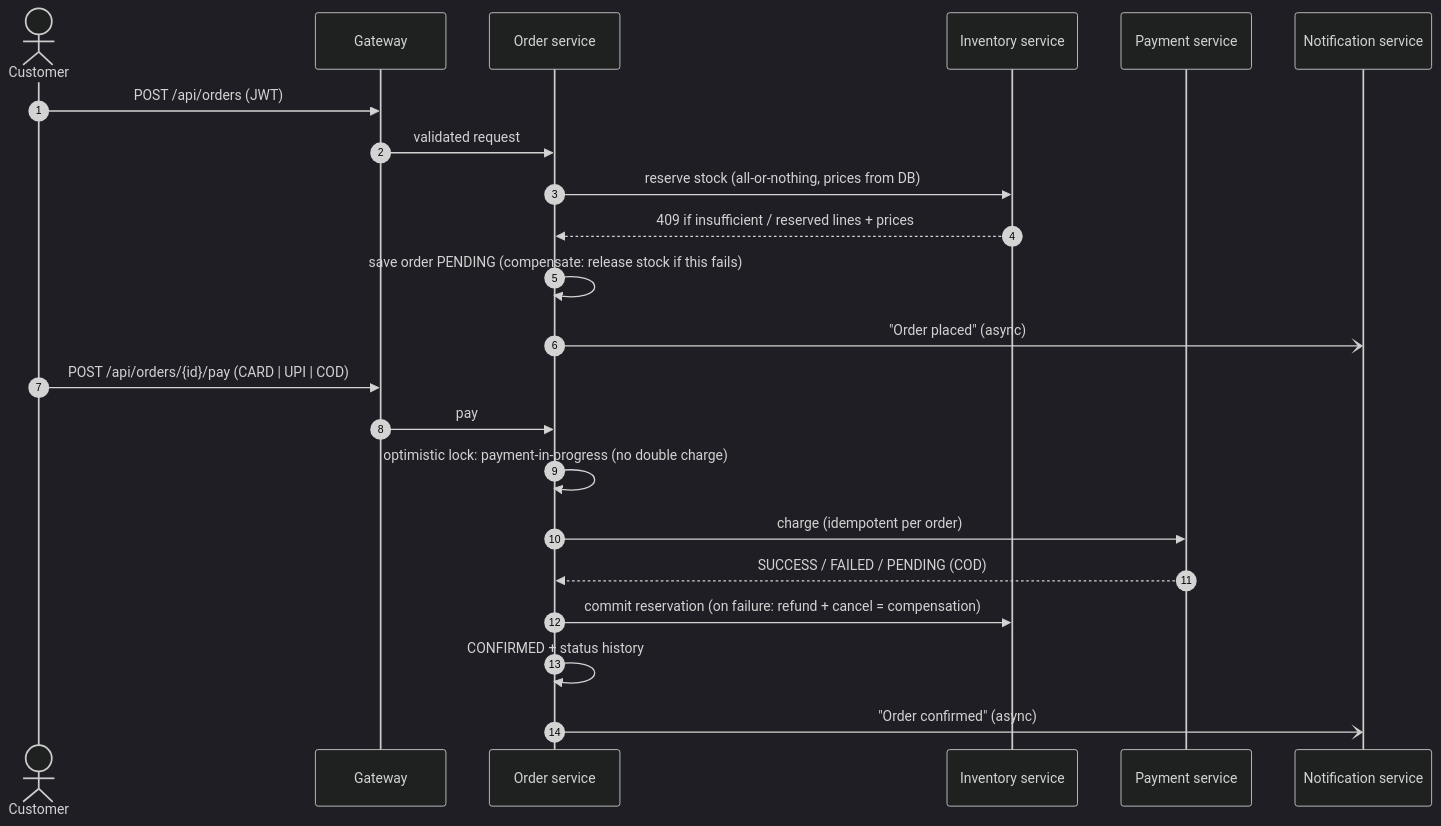
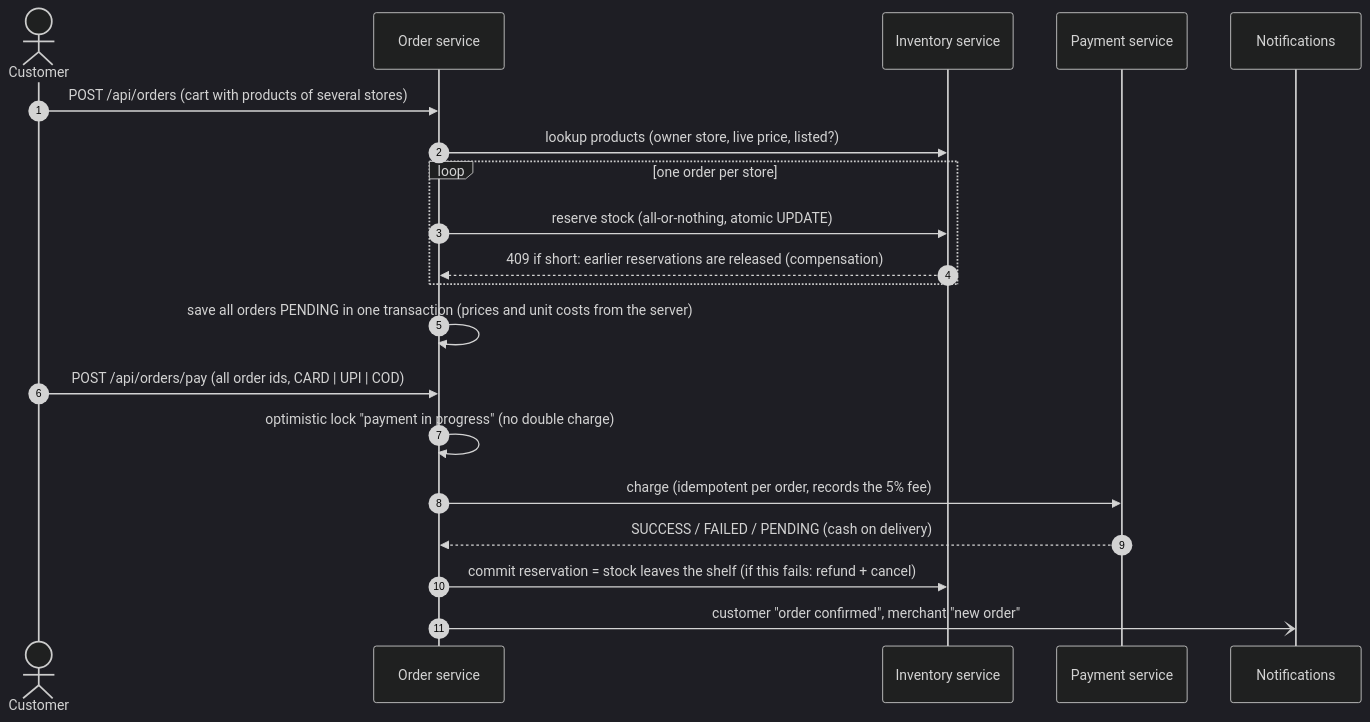
One commit to kushkumarsriwas/enterprise-order-platform changed the second of 3 diagrams in README.md. Above: the diagram before and after it, drawn with Mermaid (dark theme). The commit also changed other lines of this file and 1 other file, not shown here.

````diff
--- a/README.md
+++ b/README.md
@@ -55,24 +71,22 @@
 ```mermaid
 sequenceDiagram
     autonumber
     actor C as Customer
-    participant G as Gateway
     participant O as Order service
     participant I as Inventory service
     participant P as Payment service
-    participant N as Notification service
-    C->>G: POST /api/orders (JWT)
-    G->>O: validated request
-    O->>I: reserve stock (all-or-nothing, prices from DB)
-    I-->>O: 409 if insufficient / reserved lines + prices
-    O->>O: save order PENDING (compensate: release stock if this fails)
-    O-)N: "Order placed" (async)
-    C->>G: POST /api/orders/{id}/pay (CARD | UPI | COD)
-    G->>O: pay
-    O->>O: optimistic lock: payment-in-progress (no double charge)
-    O->>P: charge (idempotent per order)
-    P-->>O: SUCCESS / FAILED / PENDING (COD)
-    O->>I: commit reservation (on failure: refund + cancel = compensation)
-    O->>O: CONFIRMED + status history
-    O-)N: "Order confirmed" (async)
+    participant N as Notifications
+    C->>O: POST /api/orders (cart with products of several stores)
+    O->>I: lookup products (owner store, live price, listed?)
+    loop one order per store
+        O->>I: reserve stock (all-or-nothing, atomic UPDATE)
+        I-->>O: 409 if short: earlier reservations are released (compensation)
+    end
+    O->>O: save all orders PENDING in one transaction (prices and unit costs from the server)
+    C->>O: POST /api/orders/pay (all order ids, CARD | UPI | COD)
+    O->>O: optimistic lock "payment in progress" (no double charge)
+    O->>P: charge (idempotent per order, records the 5% fee)
+    P-->>O: SUCCESS / FAILED / PENDING (cash on delivery)
+    O->>I: commit reservation = stock leaves the shelf (if this fails: refund + cancel)
+    O-)N: customer "order confirmed", merchant "new order"
 ```
````
